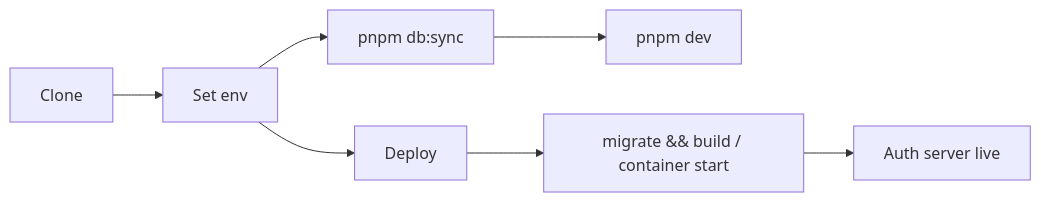
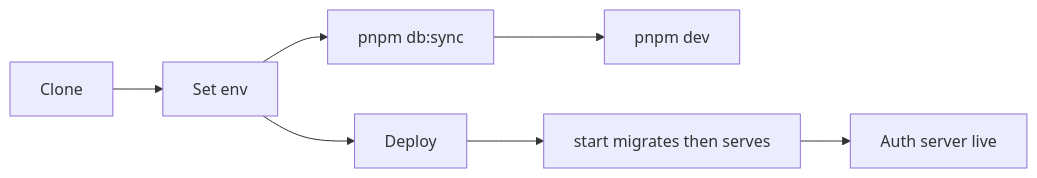
Before and after one commit to t3xydev/better-auth-starterkit: the diagram in README.md, drawn with Mermaid. The commit also changed other lines of this file and 30 other files, not shown here.

````diff
--- a/README.md
+++ b/README.md
@@ -141,9 +141,9 @@
 ```mermaid
 flowchart LR
   A[Clone] --> B[Set env]
   B --> C[pnpm db:sync]
   C --> D[pnpm dev]
   B --> E[Deploy]
-  E --> F["migrate && build / container start"]
+  E --> F[start migrates then serves]
   F --> G[Auth server live]
 ```
````
